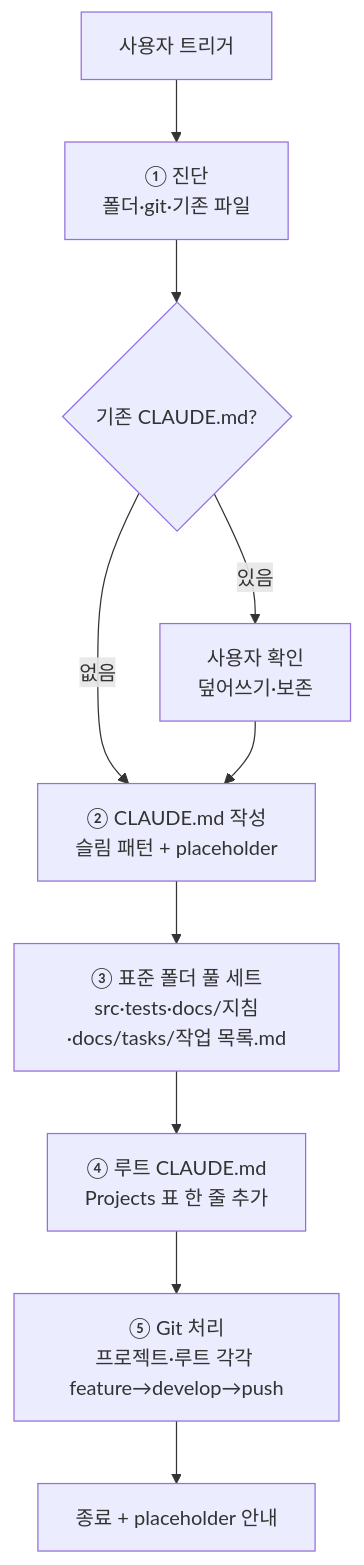
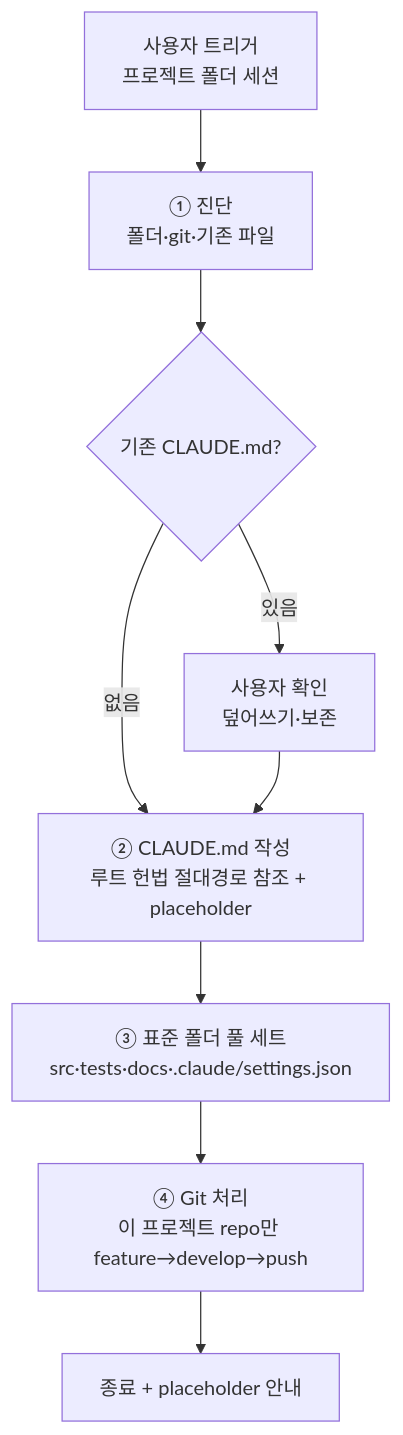
The diagram in 지침/일반/프로젝트 초기 세팅.md (eskim-todoc/claude), drawn with Mermaid before and after one commit. The commit also changed other lines of this file, not shown here.

First line of the commit message:
docs(guide): 프로젝트 초기 세팅 절차 새 워크플로우로 재작성

````diff
--- a/지침/일반/프로젝트 초기 세팅.md
+++ b/지침/일반/프로젝트 초기 세팅.md
@@ -30,13 +32,12 @@
 ```mermaid
 flowchart TD
-    A[사용자 트리거] --> B["① 진단<br/>폴더·git·기존 파일"]
+    A[사용자 트리거<br/>프로젝트 폴더 세션] --> B["① 진단<br/>폴더·git·기존 파일"]
     B --> C{기존 CLAUDE.md?}
     C -->|있음| C1[사용자 확인<br/>덮어쓰기·보존]
     C -->|없음| D
     C1 --> D
-    D["② CLAUDE.md 작성<br/>슬림 패턴 + placeholder"]
-    D --> E["③ 표준 폴더 풀 세트<br/>src·tests·docs/지침·docs/tasks/작업 목록.md"]
-    E --> F["④ 루트 CLAUDE.md<br/>Projects 표 한 줄 추가"]
-    F --> G["⑤ Git 처리<br/>프로젝트·루트 각각 feature→develop→push"]
+    D["② CLAUDE.md 작성<br/>루트 헌법 절대경로 참조 + placeholder"]
+    D --> E["③ 표준 폴더 풀 세트<br/>src·tests·docs·.claude/settings.json"]
+    E --> G["④ Git 처리<br/>이 프로젝트 repo만 feature→develop→push"]
     G --> H[종료 + placeholder 안내]
 ```
````
